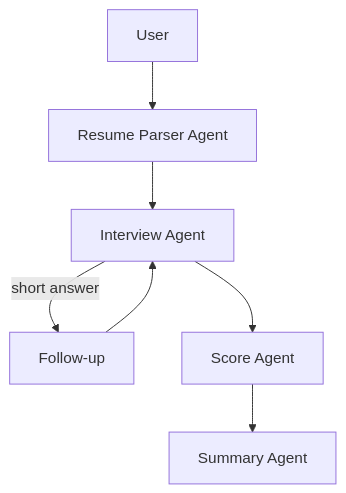
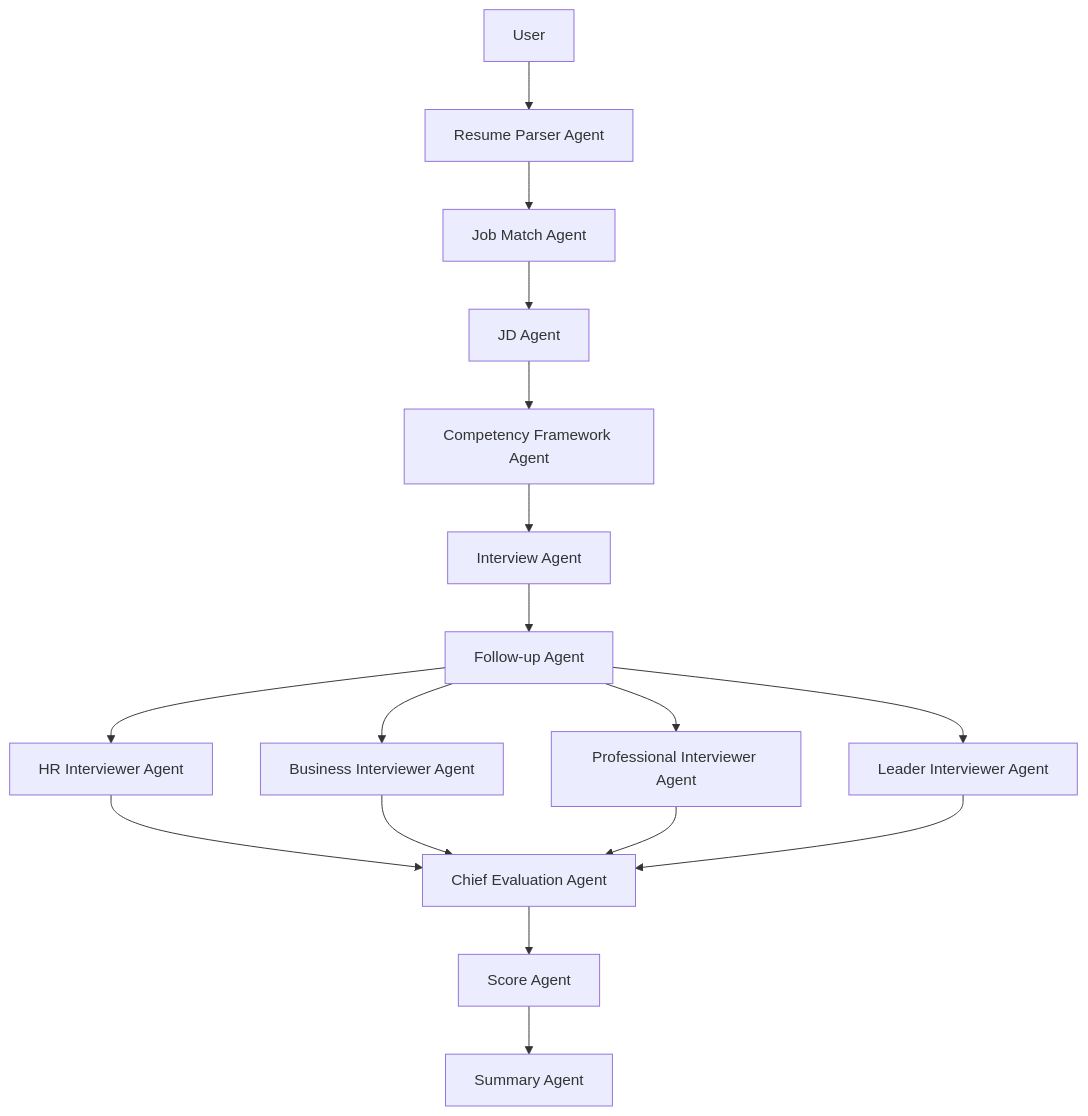
Before and after one commit to Joezy331/resume-aware-interview-agent: the first of 2 diagrams in README.md, drawn with Mermaid. The commit also changed other lines of this file and 28 other files, not shown here.

First line of the commit message:
fix: center repo on V3.0 prototype; correct implemented features vs real roadmap

````diff
--- a/README.md
+++ b/README.md
@@ -69,9 +86,19 @@
 ```mermaid
 flowchart TD
-    U[User] --> P[Resume Parser Agent]
-    P --> I[Interview Agent]
-    I -->|short answer| F[Follow-up]
-    F --> I
-    I --> S[Score Agent]
-    S --> R[Summary Agent]
+    U[User] --> RP[Resume Parser Agent]
+    RP --> JM[Job Match Agent]
+    JM --> JD[JD Agent]
+    JD --> CF[Competency Framework Agent]
+    CF --> IV[Interview Agent]
+    IV --> FU[Follow-up Agent]
+    FU --> HR[HR Interviewer Agent]
+    FU --> BZ[Business Interviewer Agent]
+    FU --> PR[Professional Interviewer Agent]
+    FU --> LD[Leader Interviewer Agent]
+    HR --> CE[Chief Evaluation Agent]
+    BZ --> CE
+    PR --> CE
+    LD --> CE
+    CE --> SC[Score Agent]
+    SC --> SU[Summary Agent]
 ```
````
